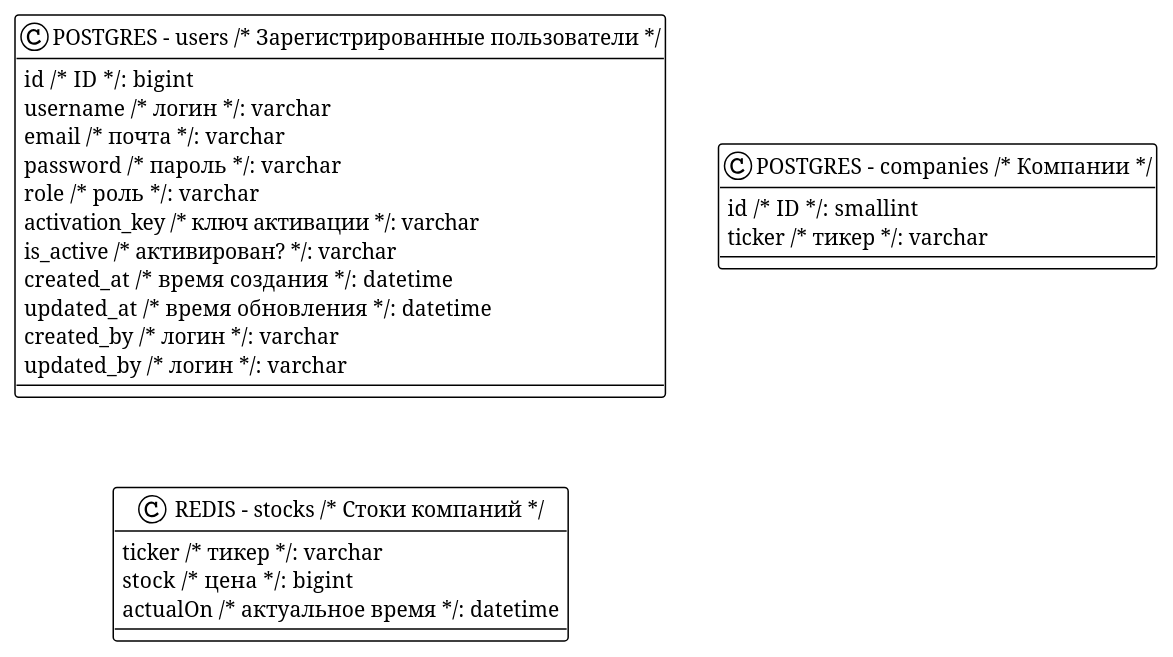
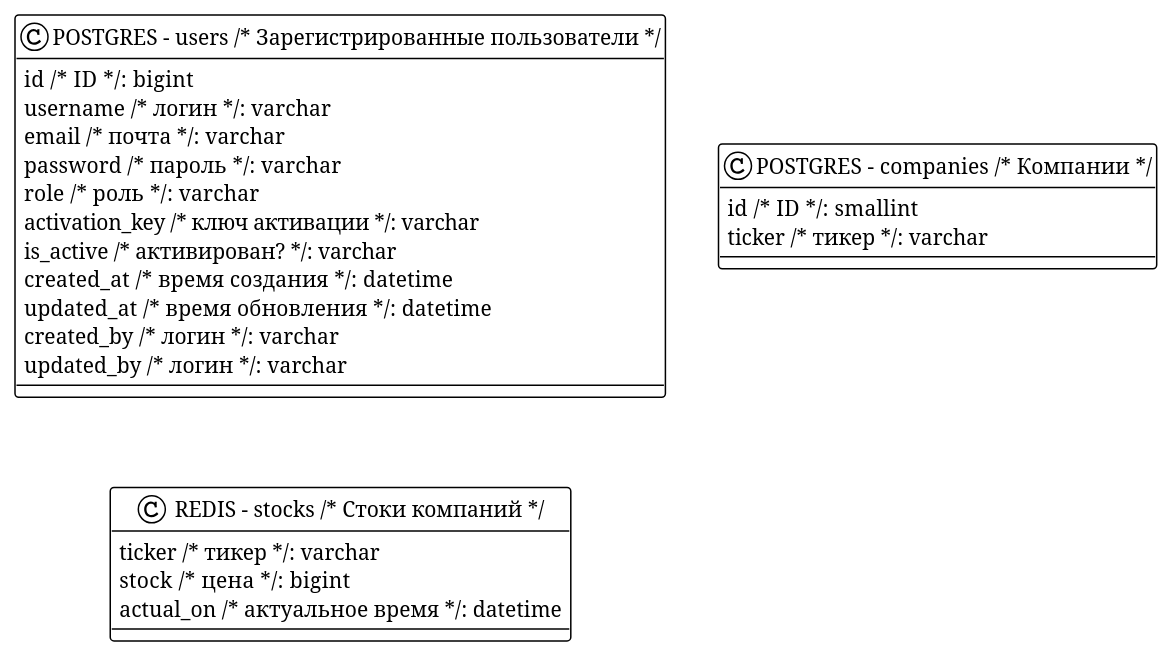
The diagram in docs/Data Model.puml (Viterg/stocks-feed), drawn with PlantUML before and after one commit. The commit also changed 29 other files, not shown here.

```diff
--- a/docs/Data Model.puml
+++ b/docs/Data Model.puml
@@ -1,32 +1,32 @@
 @startuml
 
 !theme plain
 top to bottom direction
 skinparam linetype ortho
 
 class node0 as "POSTGRES - users  /* Зарегистрированные пользователи */" {
    id  /* ID */: bigint
    username  /* логин */: varchar
    email  /* почта */: varchar
    password  /* пароль */: varchar
    role  /* роль */: varchar
    activation_key  /* ключ активации */: varchar
    is_active  /* активирован? */: varchar
    created_at  /* время создания */: datetime
    updated_at  /* время обновления */: datetime
    created_by  /* логин */: varchar
    updated_by  /* логин */: varchar
 }
 
 class node1 as "POSTGRES - companies  /* Компании */" {
    id  /* ID */: smallint
    ticker  /* тикер */: varchar
 }
 
 class node2 as "REDIS - stocks  /* Стоки компаний */" {
    ticker  /* тикер */: varchar
    stock  /* цена */: bigint
-   actualOn  /* актуальное время */: datetime
+   actual_on  /* актуальное время */: datetime
 }
 
 @enduml
```
